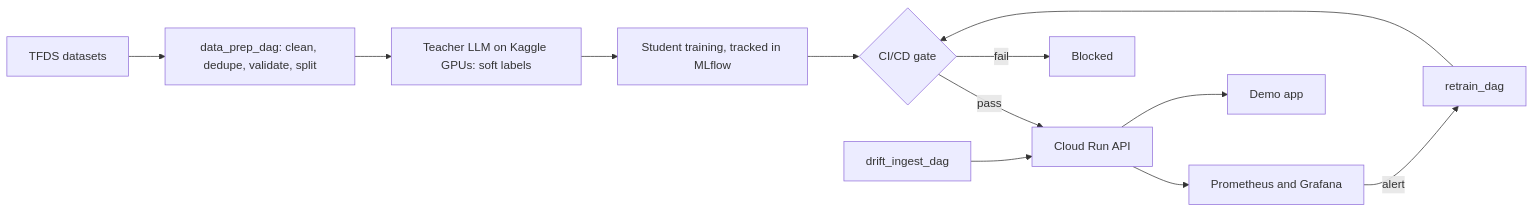
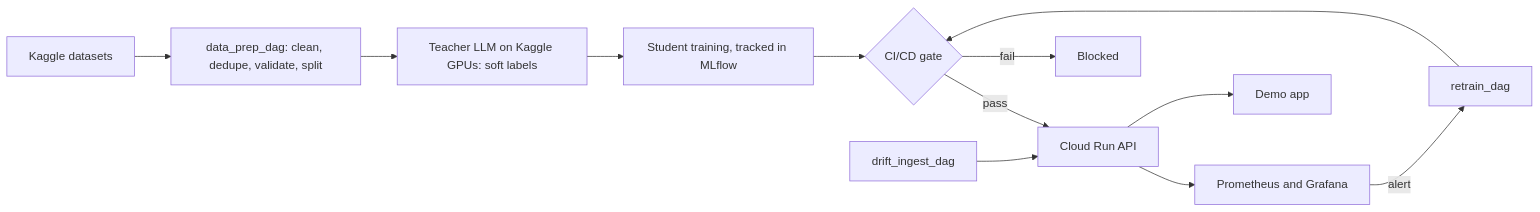
One commit to Nishaant-Soni/Distillate changed the diagram in README.md. Above: the diagram before and after it, drawn with Mermaid. The commit also changed other lines of this file and 10 other files, not shown here.

````diff
--- a/README.md
+++ b/README.md
@@ -13,14 +13,14 @@
 ```mermaid
 flowchart LR
-  A[TFDS datasets] --> B[data_prep_dag: clean, dedupe, validate, split]
+  A[Kaggle datasets] --> B[data_prep_dag: clean, dedupe, validate, split]
   B --> C[Teacher LLM on Kaggle GPUs: soft labels]
   C --> D[Student training, tracked in MLflow]
   D --> E{CI/CD gate}
   E -- pass --> F[Cloud Run API]
   E -- fail --> X[Blocked]
   H[drift_ingest_dag] --> F
   F --> G[Prometheus and Grafana]
   G -- alert --> I[retrain_dag]
   I --> E
   F --> J[Demo app]
 ```
````
